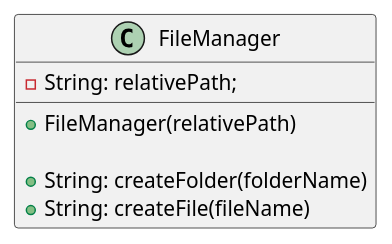
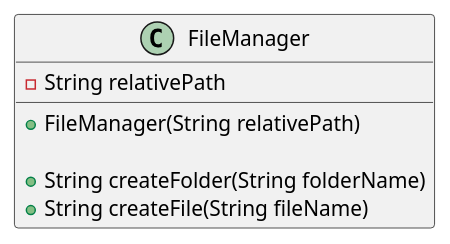
The diagram in src/main/resources/ex43/ClassDiagrams/FileManager.puml (mplekunov/Assignment_3), drawn with PlantUML before and after one commit. The commit also changed 155 other files, not shown here.

```diff
--- a/src/main/resources/ex43/ClassDiagrams/FileManager.puml
+++ b/src/main/resources/ex43/ClassDiagrams/FileManager.puml
@@ -1,12 +1,13 @@
 @startuml
 'https://plantuml.com/class-diagram
 
 class FileManager {
-    -String: relativePath;
+    -String relativePath
 
-    +FileManager(relativePath)
+    +FileManager(String relativePath)
 
-    +String: createFolder(folderName)
-    +String: createFile(fileName)
+    +String createFolder(String folderName)
+    +String createFile(String fileName)
 }
+
 @enduml
```
